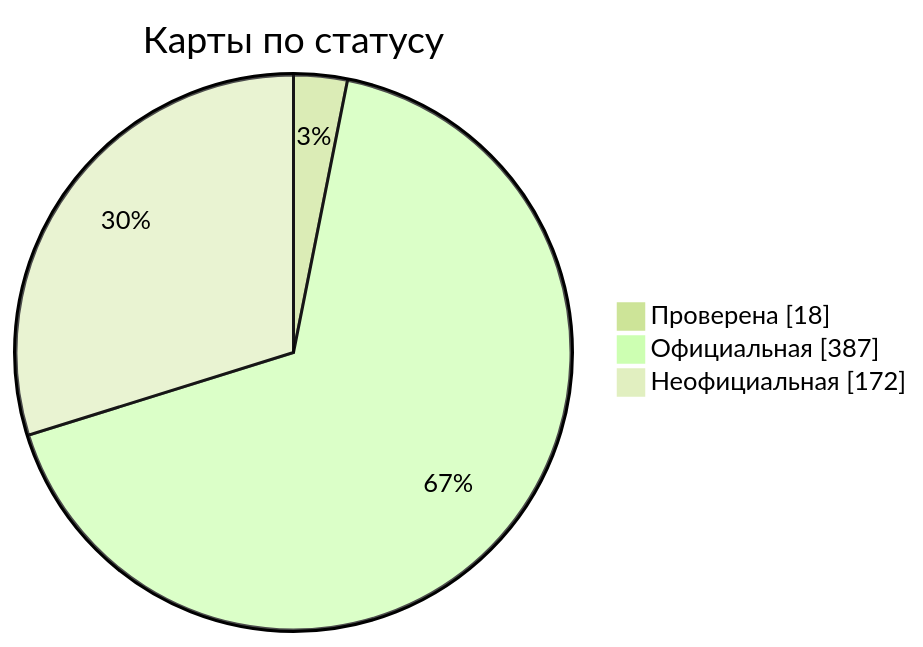
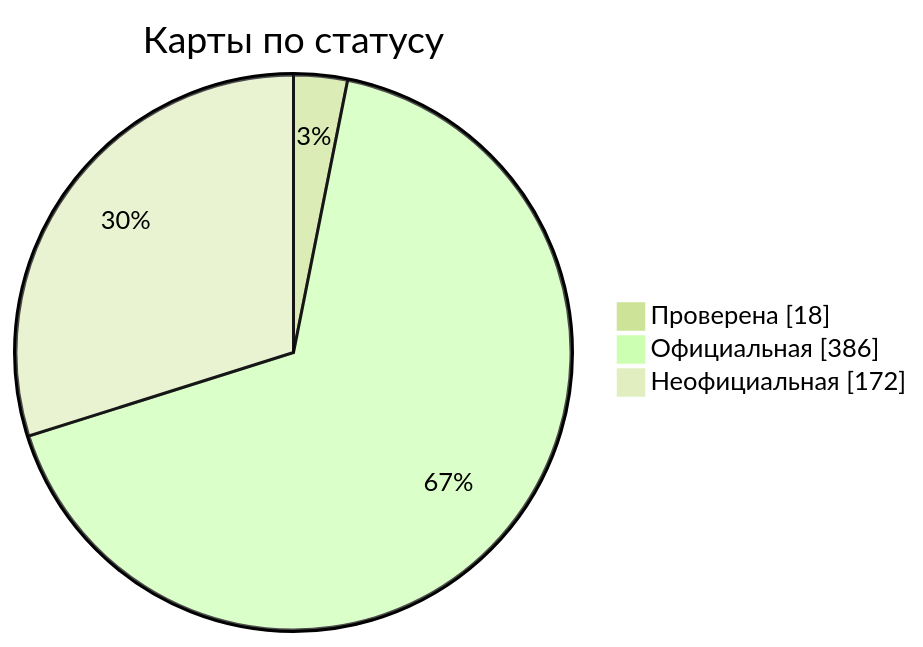
The diagram in docs/readme/README_RU.md (nobrega8/mbmap-library), drawn with Mermaid (forest theme) before and after one commit. The commit also changed 5 other files, not shown here.

````diff
--- a/docs/readme/README_RU.md
+++ b/docs/readme/README_RU.md
@@ -54,7 +54,7 @@
 ```mermaid
 pie showData
     title Карты по статусу
     "Проверена" : 18
-    "Официальная" : 387
+    "Официальная" : 386
     "Неофициальная" : 172
 ```
````
